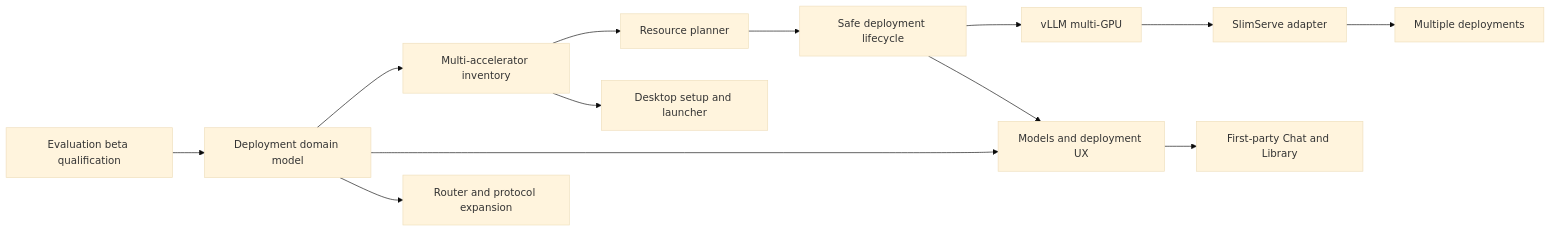
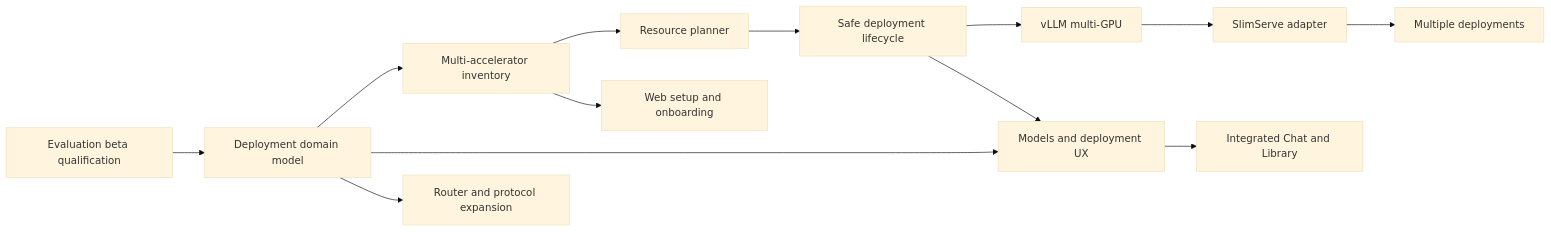
The diagram in docs/development-roadmap.md (Lazarus-AI-Research/sovereign-stack), drawn with Mermaid (base theme) before and after one commit. The commit also changed other lines of this file and 1 other file, not shown here.

Commit message:
Revise plans for integrated web experience

````diff
--- a/docs/development-roadmap.md
+++ b/docs/development-roadmap.md
@@ -65,19 +65,19 @@
 ```mermaid
 flowchart LR
     R0[Evaluation beta qualification]
     D[Deployment domain model]
     H[Multi-accelerator inventory]
     P[Resource planner]
     L[Safe deployment lifecycle]
     V[vLLM multi-GPU]
     S[SlimServe adapter]
     M[Multiple deployments]
 
     R0 --> D --> H --> P --> L --> V --> S --> M
 
     D --> UX[Models and deployment UX]
-    H --> Setup[Desktop setup and launcher]
+    H --> Setup[Web setup and onboarding]
     L --> UX
-    UX --> Chat[First-party Chat and Library]
+    UX --> Chat[Integrated Chat and Library]
     D --> Router[Router and protocol expansion]
 ```
````
